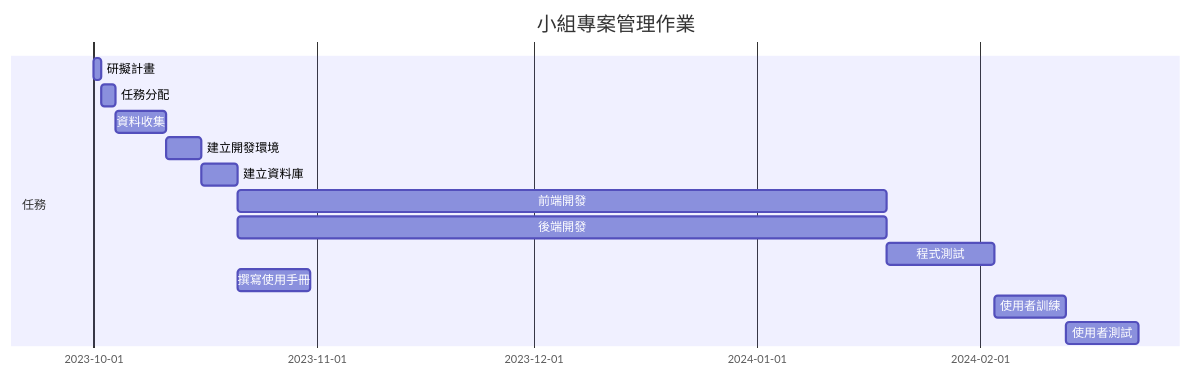
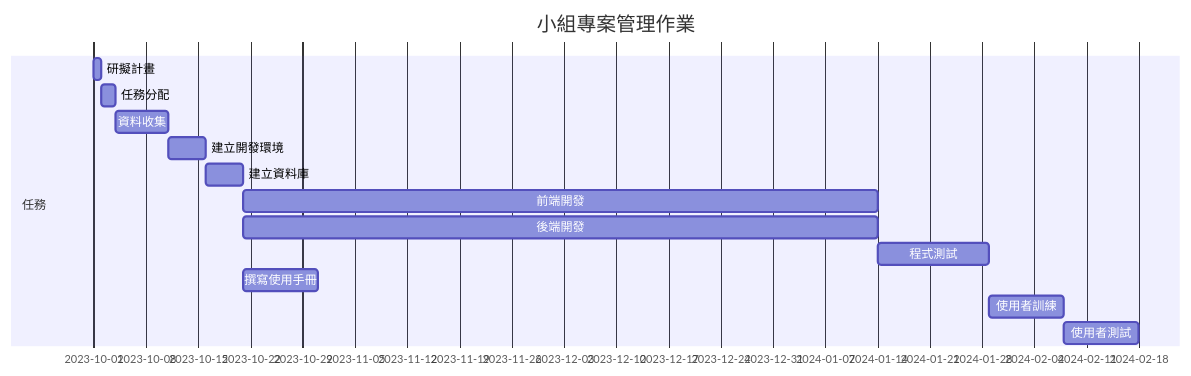
The diagram in group-hw2.md (Xuan730/T5), drawn with Mermaid before and after one commit.

````diff
--- a/group-hw2.md
+++ b/group-hw2.md
@@ -7,17 +7,17 @@
 ```mermaid
 gantt
     title 小組專案管理作業
 
     section 任務
     研擬計畫 :a1, 2023-10-01, 1d
     任務分配 :a2, after a1, 2d
     資料收集 :a3, after a2 , 7d
     建立開發環境 :a4, after a3, 5d
     建立資料庫 :a5, after a4, 5d
-    前端開發:a6,after a5, 90d
-    後端開發:a7, after a5, 90d
+    前端開發:a6,after a5, 85d
+    後端開發:a7, after a5, 85d
     程式測試 :a8, after a6、a7, 15d
     撰寫使用手冊 :a9, after a5, 10d
     使用者訓練 :a10, after a8, 10d
     使用者測試 : a11, after a10, 10d
 ```
````
